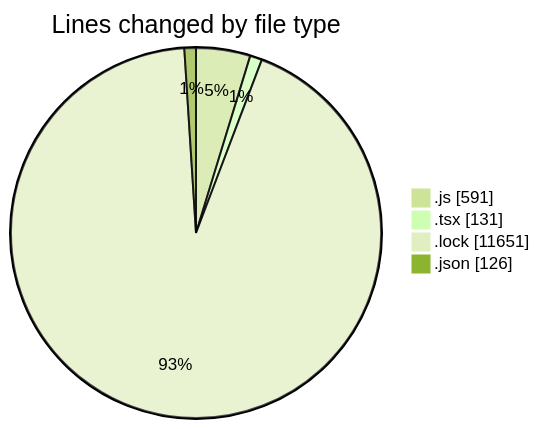
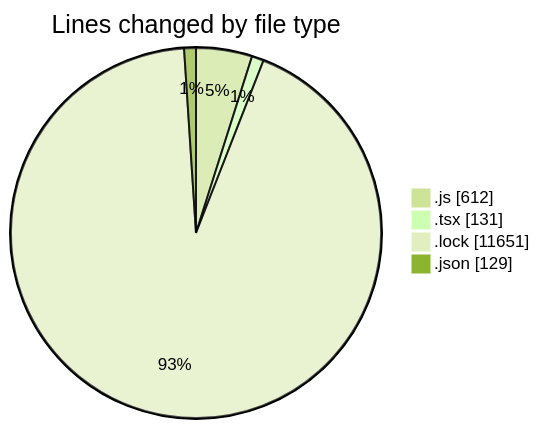
The first of 2 diagrams in 2026-01-13/cda/README.md (momahboobian/code-tracking), drawn with Mermaid (forest theme) before and after one commit. The commit also changed other lines of this file and 1 other file, not shown here.

````diff
--- a/2026-01-13/cda/README.md
+++ b/2026-01-13/cda/README.md
@@ -27,8 +27,8 @@
 ```mermaid
 pie showData
 title Lines changed by file type
-".js" : 591
+".js" : 612
 ".tsx" : 131
 ".lock" : 11651
-".json" : 126
+".json" : 129
 ```
````
